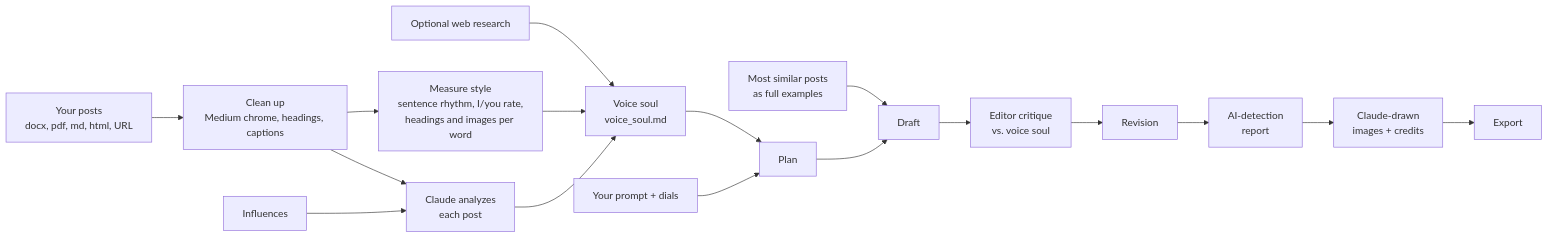
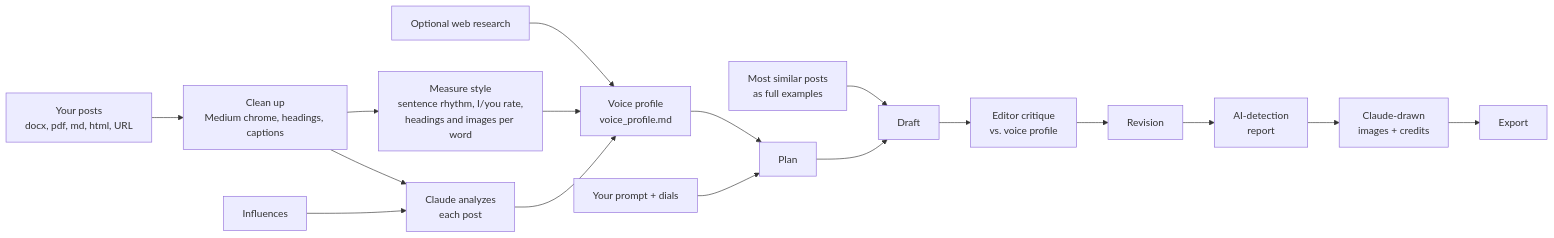
Before and after one commit to ThatShelbs/cc_technical_blogger: the diagram in README.md, drawn with Mermaid. The commit also changed other lines of this file and 58 other files, not shown here.

First line of the commit message:
Rename "voice soul" to "voice profile" everywhere

````diff
--- a/README.md
+++ b/README.md
@@ -79,19 +79,19 @@
 ```mermaid
 flowchart LR
   A[Your posts<br/>docx, pdf, md, html, URL] --> B[Clean up<br/>Medium chrome, headings, captions]
   B --> C[Measure style<br/>sentence rhythm, I/you rate,<br/>headings and images per word]
   B --> D[Claude analyzes<br/>each post]
   E[Influences] --> D
   F[Optional web research] --> G
-  C --> G[Voice soul<br/>voice_soul.md]
+  C --> G[Voice profile<br/>voice_profile.md]
   D --> G
   G --> H[Plan]
   I[Your prompt + dials] --> H
   J[Most similar posts<br/>as full examples] --> K
   H --> K[Draft]
-  K --> L[Editor critique<br/>vs. voice soul]
+  K --> L[Editor critique<br/>vs. voice profile]
   L --> M[Revision]
   M --> Q[AI-detection<br/>report]
   Q --> N[Claude-drawn<br/>images + credits]
   N --> O[Export]
 ```
````
